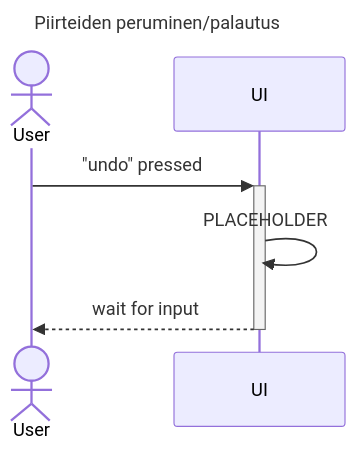
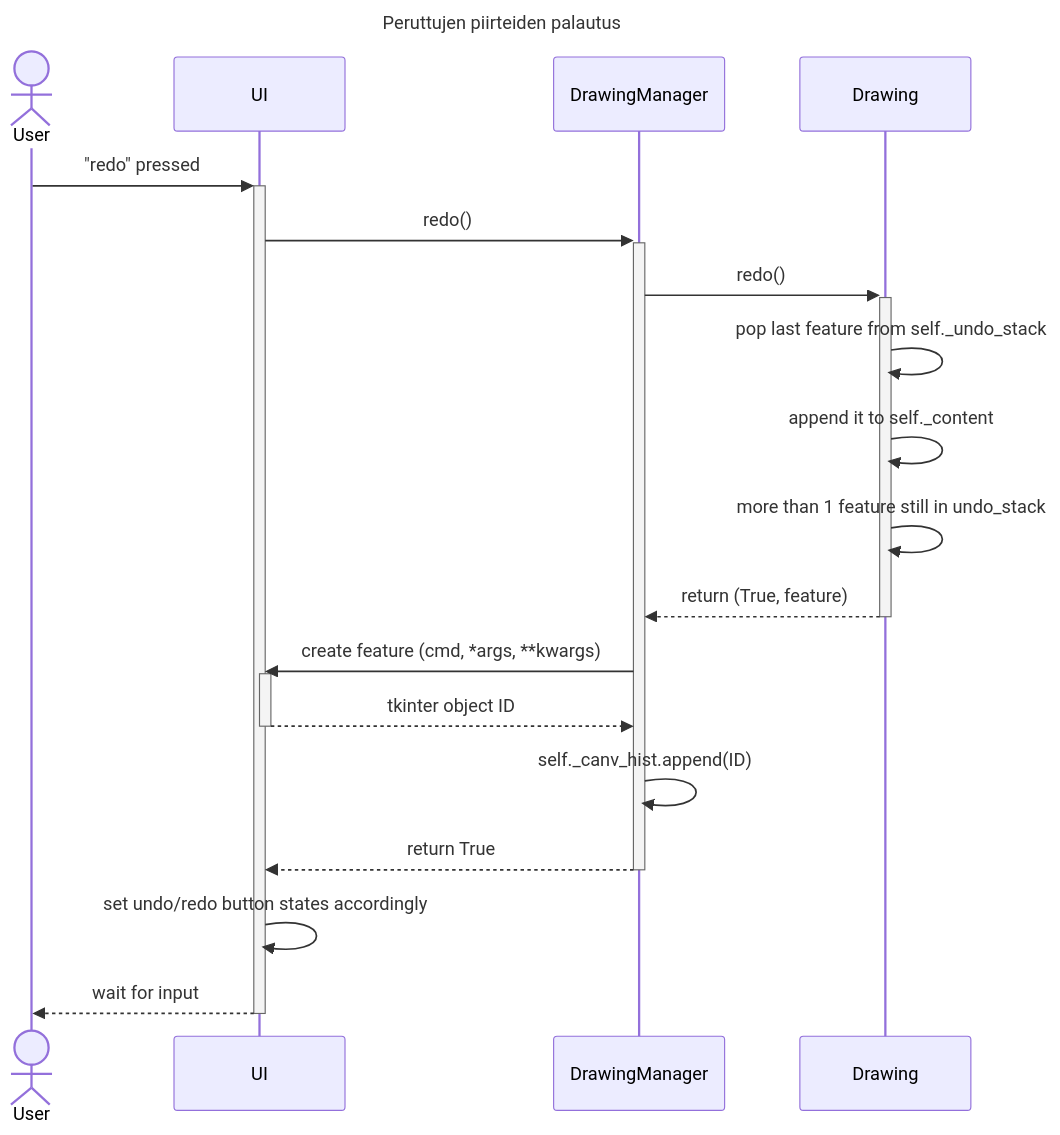
Before and after one commit to tomjtoth/ot-harjoitustyo: diagram 12 of 13 in dokumentaatio/arkkitehtuuri.md, drawn with Mermaid. The commit also changed other lines of this file and 1 other file, not shown here.

````diff
--- a/dokumentaatio/arkkitehtuuri.md
+++ b/dokumentaatio/arkkitehtuuri.md
@@ -295,14 +381,23 @@
 ```mermaid
 ---
-title: Piirteiden peruminen/palautus
+title: Peruttujen piirteiden palautus
 ---
 sequenceDiagram
     actor User
 
-    User->>+UI: "undo" pressed
+    User->>+UI: "redo" pressed
 
-    UI->>UI: PLACEHOLDER
-
+    UI->>+DrawingManager: redo()
+    DrawingManager->>+Drawing: redo()
+    Drawing->>Drawing: pop last feature from self._undo_stack
+    Drawing->>Drawing: append it to self._content
+    Drawing->>Drawing: more than 1 feature still in undo_stack
+    Drawing-->>-DrawingManager: return (True, feature)
+    DrawingManager->>+UI: create feature (cmd, *args, **kwargs)
+    UI-->>-DrawingManager: tkinter object ID
+    DrawingManager->>DrawingManager: self._canv_hist.append(ID)
+    DrawingManager-->>-UI: return True
+    UI->>UI: set undo/redo button states accordingly
     UI-->>-User: wait for input
 
 ```
````
